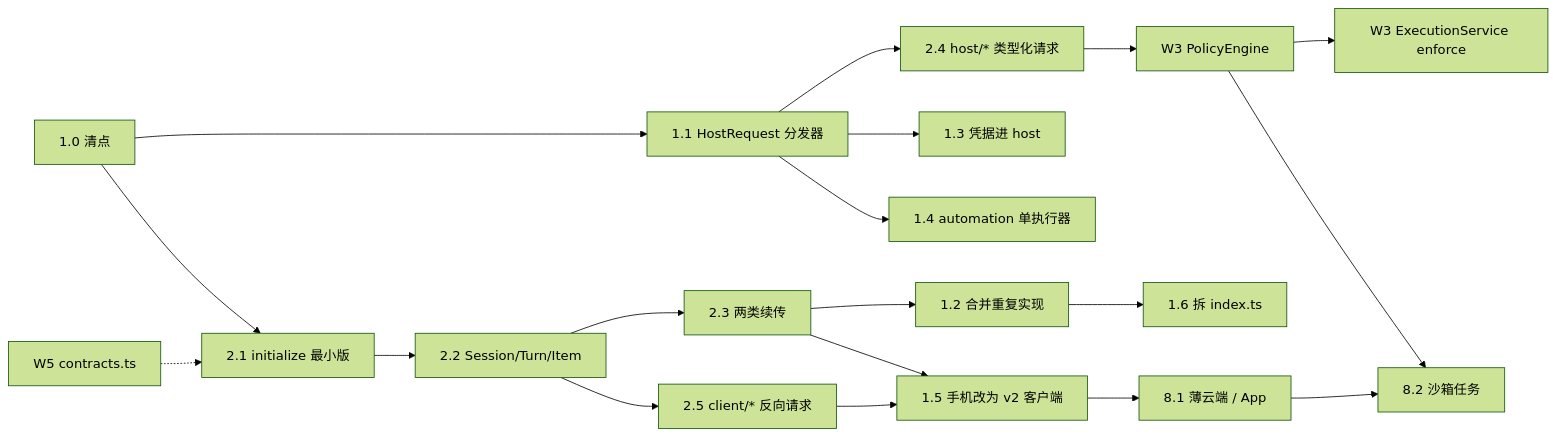
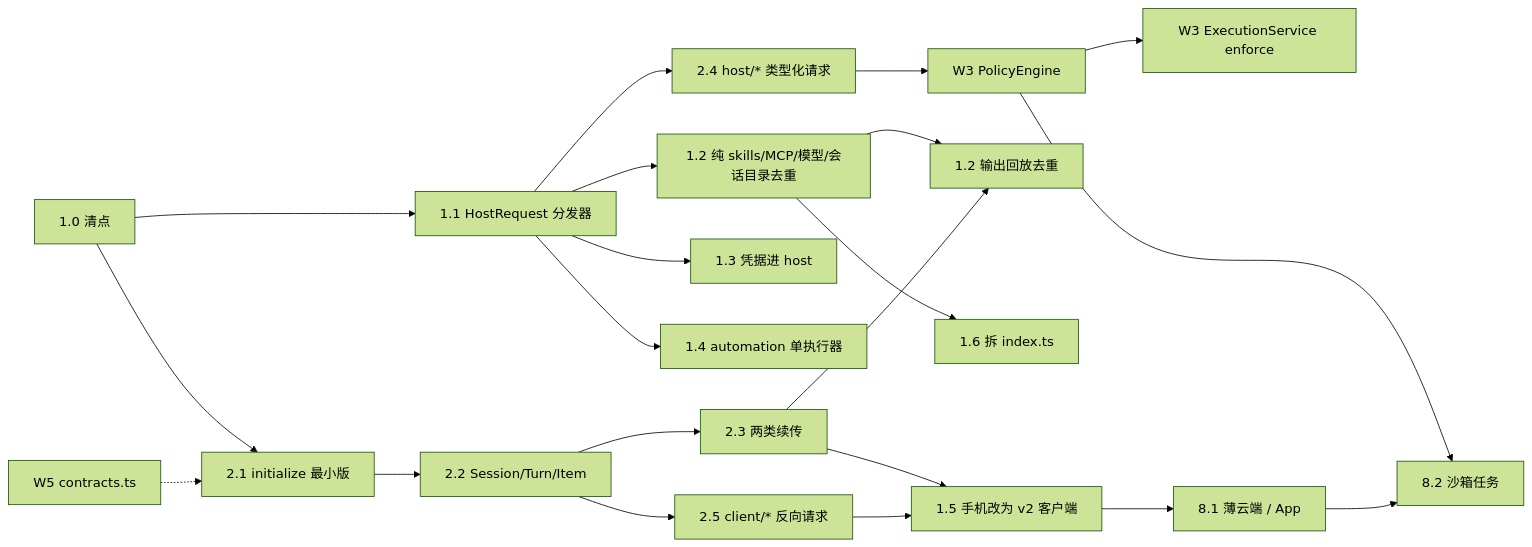
The diagram in docs/architecture/16-platform-consolidation.md (cjhyy/codeshell), drawn with Mermaid (forest theme) before and after one commit. The commit also changed other lines of this file and 5 other files, not shown here.

````diff
--- a/docs/architecture/16-platform-consolidation.md
+++ b/docs/architecture/16-platform-consolidation.md
@@ -560,21 +562,23 @@
 ```mermaid
 flowchart LR
     S10["1.0 清点"] --> S11["1.1 HostRequest 分发器"]
     S10 --> W21["2.1 initialize 最小版"]
     S11 --> W24["2.4 host/* 类型化请求"]
     W21 --> W22["2.2 Session/Turn/Item"]
     W22 --> W23["2.3 两类续传"]
     W22 --> W25["2.5 client/* 反向请求"]
-    W23 --> S12["1.2 合并重复实现"]
+    S11 --> S12["1.2 纯 skills/MCP/模型/会话目录去重"]
+    W23 --> Replay["1.2 输出回放去重"]
+    S12 --> Replay
     S11 --> S13["1.3 凭据进 host"]
     S11 --> S14["1.4 automation 单执行器"]
     W23 --> S15["1.5 手机改为 v2 客户端"]
     W25 --> S15
     S15 --> W61["8.1 薄云端 / App"]
     W61 --> W62["8.2 沙箱任务"]
     S12 --> S16["1.6 拆 index.ts"]
     W24 --> W31["W3 PolicyEngine"]
     W31 --> W32["W3 ExecutionService enforce"]
     W31 --> W62
     W5["W5 contracts.ts"] -.-> W21
 ```
````
